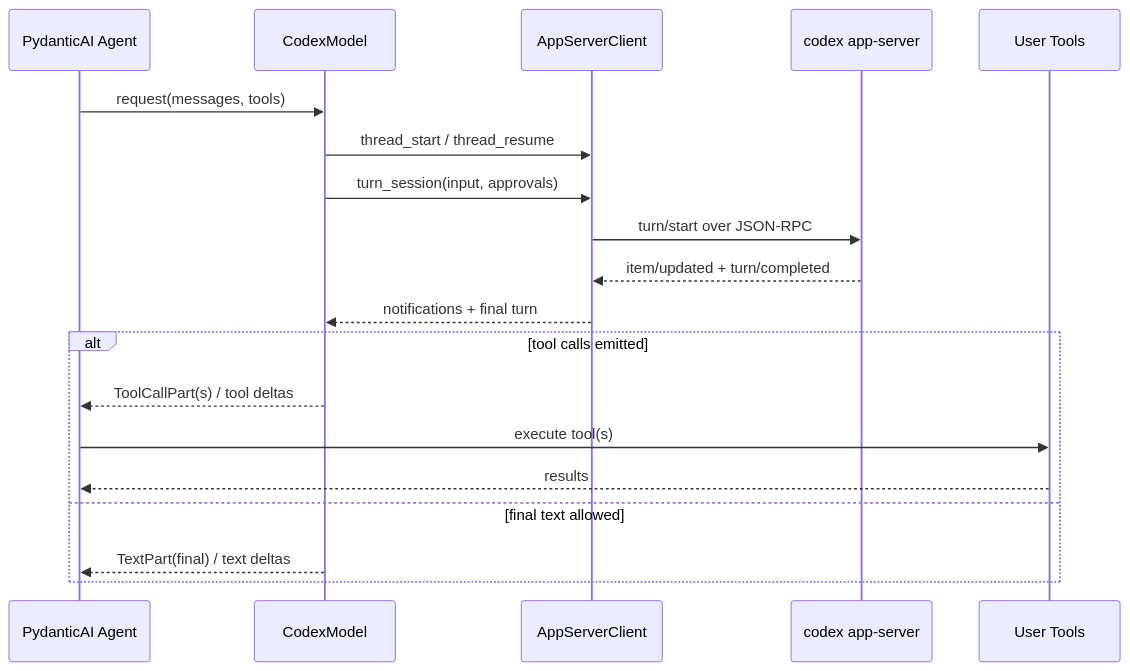
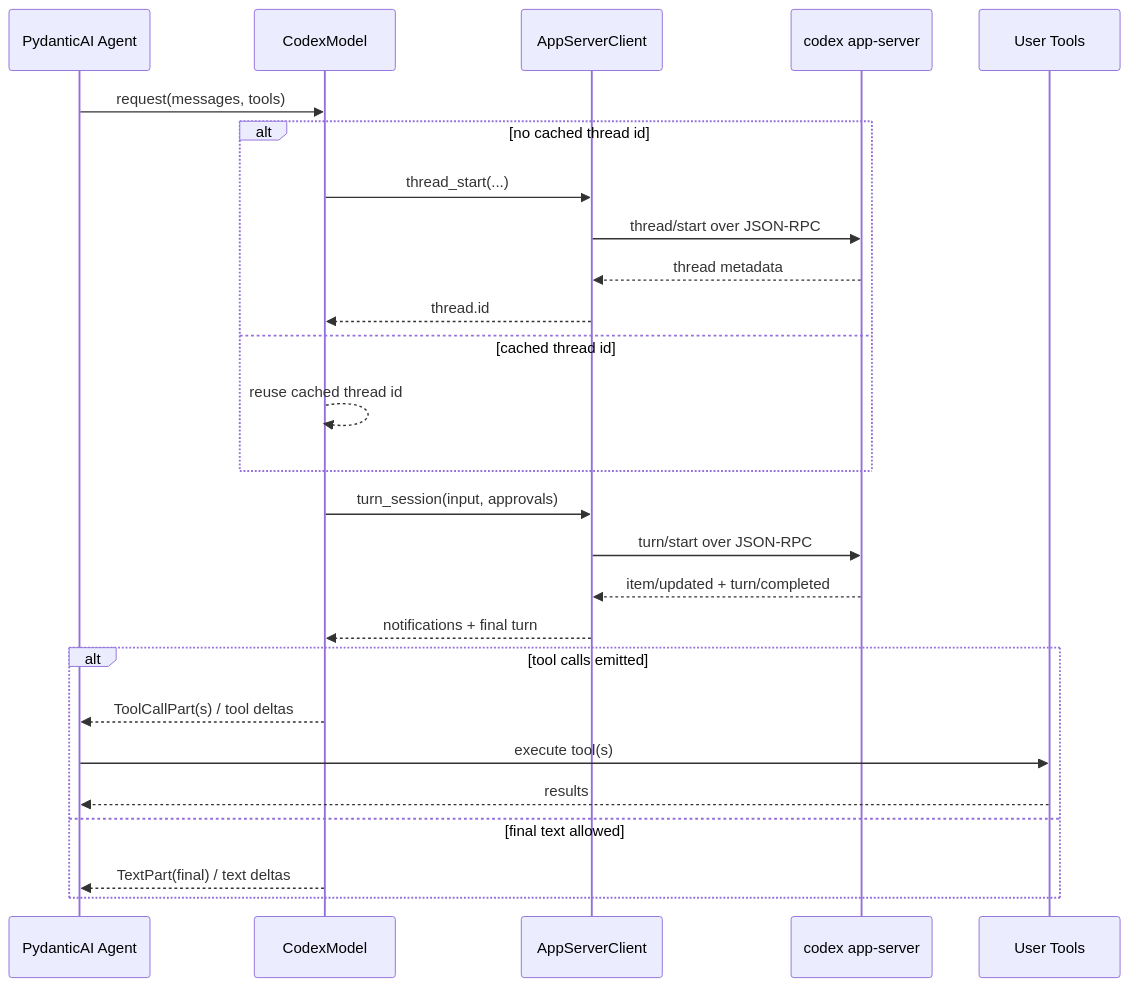
One commit to vectorfy-co/codex-sdk-python changed the third of 4 diagrams in README.md. Above: the diagram before and after it, drawn with Mermaid. The commit also changed other lines of this file, not shown here.

Commit message:
Clarify app-server architecture diagrams

````diff
--- a/README.md
+++ b/README.md
@@ -817,22 +821,29 @@
 ```mermaid
 sequenceDiagram
   participant Agent as PydanticAI Agent
   participant Model as CodexModel
   participant App as AppServerClient
   participant CLI as codex app-server
   participant Tools as User Tools
 
   Agent->>Model: request(messages, tools)
-  Model->>App: thread_start / thread_resume
+  alt no cached thread id
+    Model->>App: thread_start(...)
+    App->>CLI: thread/start over JSON-RPC
+    CLI-->>App: thread metadata
+    App-->>Model: thread.id
+  else cached thread id
+    Model-->>Model: reuse cached thread id
+  end
   Model->>App: turn_session(input, approvals)
   App->>CLI: turn/start over JSON-RPC
   CLI-->>App: item/updated + turn/completed
   App-->>Model: notifications + final turn
   alt tool calls emitted
     Model-->>Agent: ToolCallPart(s) / tool deltas
     Agent->>Tools: execute tool(s)
     Tools-->>Agent: results
   else final text allowed
     Model-->>Agent: TextPart(final) / text deltas
   end
 ```
````
